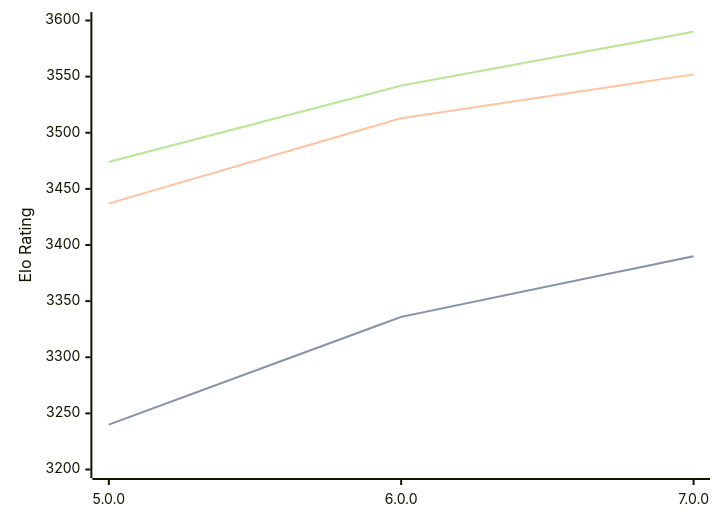
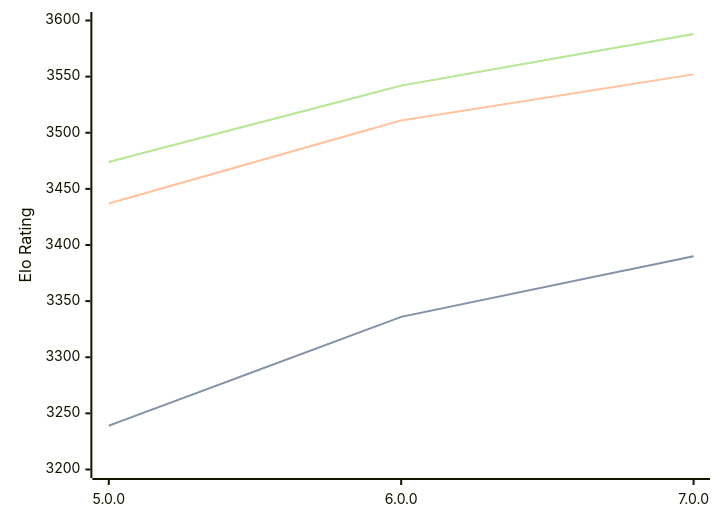
The diagram in engines/Stormphrax.md (computer-chess-index/cci), drawn with Mermaid before and after one commit. The commit also changed other lines of this file, not shown here.

Commit message:
Update CCI Ratings (ELO VLTC) - 2026-04-20

````diff
--- a/engines/Stormphrax.md
+++ b/engines/Stormphrax.md
@@ -38,11 +38,11 @@
 ```mermaid
 %%{init: {"theme":"base","themeVariables":{"seriesColors:['#a3a3a3','#222221','#faa371']}}}%%
 xychart-beta
   x-axis ["5.0.0", "6.0.0", "7.0.0"]
   y-axis "Elo Rating" 3200 --> 3600
-  line "STC (8.0+0.08s)" [3240, 3336, 3390]
-  line "STC (8.0+0.08s)" [3240, 3336, 3390]
-  line "LTC (60.0+0.60s)" [3437, 3513, 3552]
-  line "VLTC (2m24s+1.12s)" [3474, 3542, 3590]
-  line "VLTC (2m24s+1.12s)" [3474, 3542, 3590]
+  line "STC (8.0+0.08s)" [3239, 3336, 3390]
+  line "STC (8.0+0.08s)" [3239, 3336, 3390]
+  line "LTC (60.0+0.60s)" [3437, 3511, 3552]
+  line "VLTC (2m24s+1.12s)" [3474, 3542, 3588]
+  line "VLTC (2m24s+1.12s)" [3474, 3542, 3588]
 ```
````
